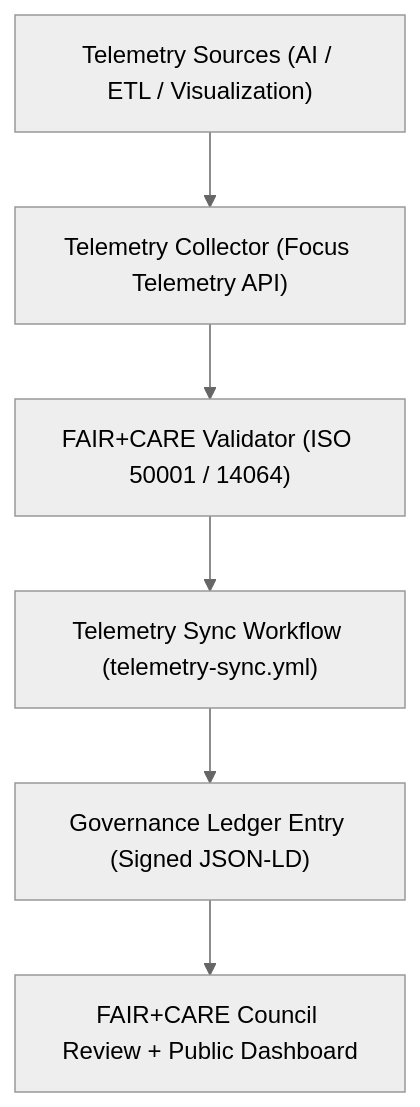
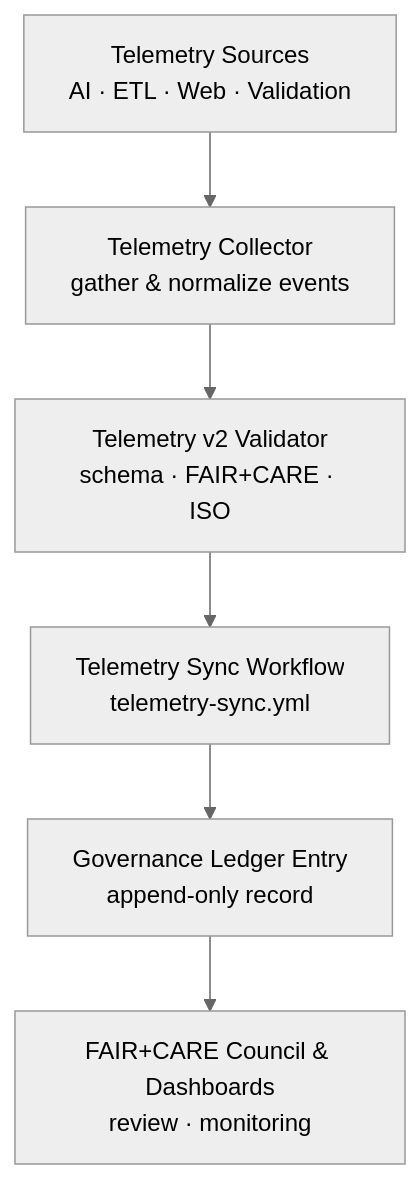
Before and after one commit to bartytime4life/Kansas-Frontier-Matrix: the first of 2 diagrams in docs/guides/workflows/telemetry-sync.md, drawn with Mermaid (neutral theme). The commit also changed other lines of this file, not shown here.

Commit message:
Update telemetry sync documentation to v10.4.2

`````diff
--- a/docs/guides/workflows/telemetry-sync.md
+++ b/docs/guides/workflows/telemetry-sync.md
@@ -63,8 +79,9 @@
 ```mermaid
 flowchart TD
-A["Telemetry Sources (AI / ETL / Visualization)"] --> B["Telemetry Collector (Focus Telemetry API)"]
-B --> C["FAIR+CARE Validator (ISO 50001 / 14064)"]
-C --> D["Telemetry Sync Workflow (telemetry-sync.yml)"]
-D --> E["Governance Ledger Entry (Signed JSON-LD)"]
-E --> F["FAIR+CARE Council Review + Public Dashboard"]
-```
+
+A["Telemetry Sources<br/>AI · ETL · Web · Validation"] --> B["Telemetry Collector<br/>gather & normalize events"]
+B --> C["Telemetry v2 Validator<br/>schema · FAIR+CARE · ISO"]
+C --> D["Telemetry Sync Workflow<br/>telemetry-sync.yml"]
+D --> E["Governance Ledger Entry<br/>append-only record"]
+E --> F["FAIR+CARE Council & Dashboards<br/>review · monitoring"]
+````
`````
